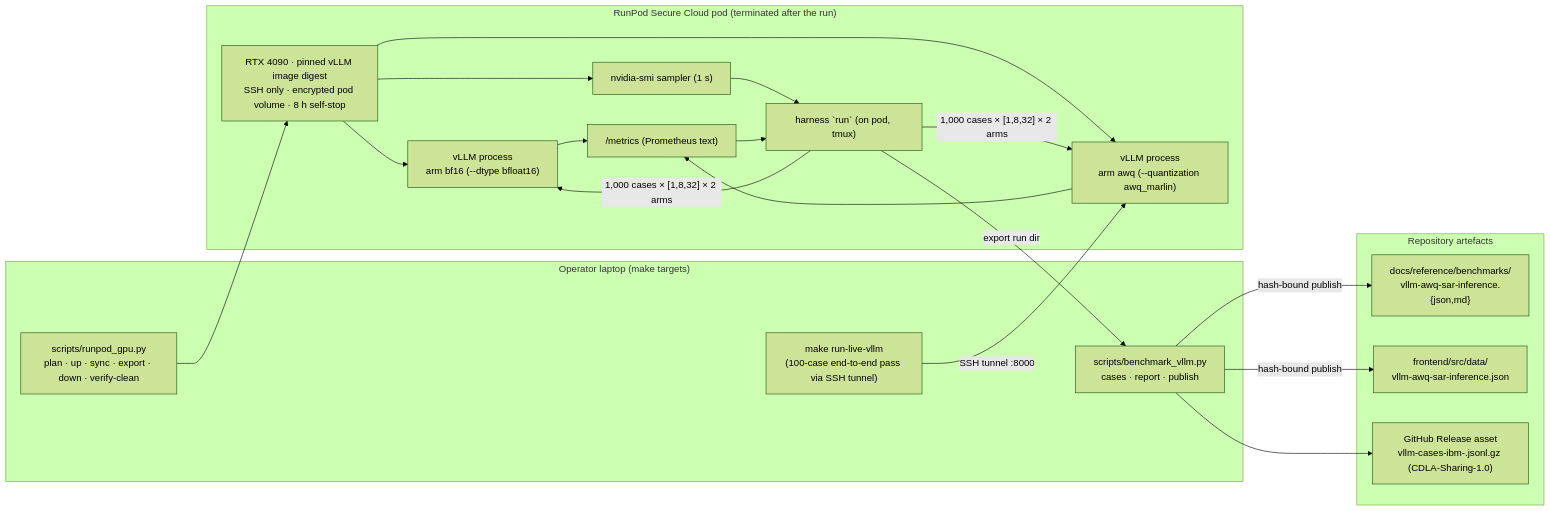
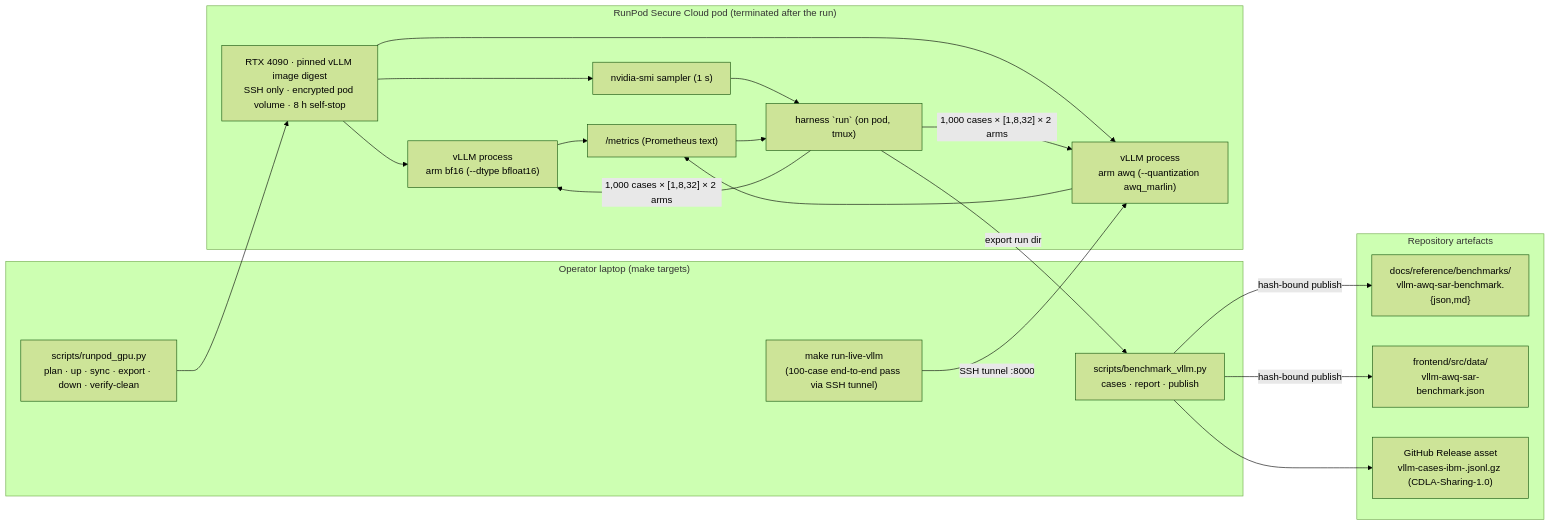
One commit to Kartik-Hirijaganer/FraudLens changed the first of 3 diagrams in plans/2026-09-13-vllm-awq-benchmark-fulldata-training-and-aks-deployment.md. Above: the diagram before and after it, drawn with Mermaid (forest theme). The commit also changed other lines of this file and 2 other files, not shown here.

````diff
--- a/plans/2026-09-13-vllm-awq-benchmark-fulldata-training-and-aks-deployment.md
+++ b/plans/2026-09-13-vllm-awq-benchmark-fulldata-training-and-aks-deployment.md
@@ -132,28 +132,28 @@
 ```mermaid
 flowchart LR
   subgraph Laptop["Operator laptop (make targets)"]
     OP["scripts/runpod_gpu.py<br/>plan · up · sync · export · down · verify-clean"]
     CLI["scripts/benchmark_vllm.py<br/>cases · report · publish"]
     APP["make run-live-vllm<br/>(100-case end-to-end pass via SSH tunnel)"]
   end
   subgraph RunPod["RunPod Secure Cloud pod (terminated after the run)"]
     POD["RTX 4090 · pinned vLLM image digest<br/>SSH only · encrypted pod volume · 8 h self-stop"]
     RUN["harness `run` (on pod, tmux)"]
     V1["vLLM process<br/>arm bf16 (--dtype bfloat16)"]
     V2["vLLM process<br/>arm awq (--quantization awq_marlin)"]
     NS["nvidia-smi sampler (1 s)"]
     MET["/metrics (Prometheus text)"]
   end
   subgraph Repo["Repository artefacts"]
-    DOCS["docs/reference/benchmarks/<br/>vllm-awq-sar-inference.{json,md}"]
-    FE["frontend/src/data/<br/>vllm-awq-sar-inference.json"]
+    DOCS["docs/reference/benchmarks/<br/>vllm-awq-sar-benchmark.{json,md}"]
+    FE["frontend/src/data/<br/>vllm-awq-sar-benchmark.json"]
     REL["GitHub Release asset<br/>vllm-cases-ibm-<sha>.jsonl.gz (CDLA-Sharing-1.0)"]
   end
   OP --> POD --> V1 & V2 & NS
   V1 & V2 --> MET
   RUN -- "1,000 cases × [1,8,32] × 2 arms" --> V1 & V2
   NS & MET --> RUN
   RUN -- "export run dir" --> CLI -- "hash-bound publish" --> DOCS & FE
   CLI --> REL
   APP -- "SSH tunnel :8000" --> V2
 ```
````
